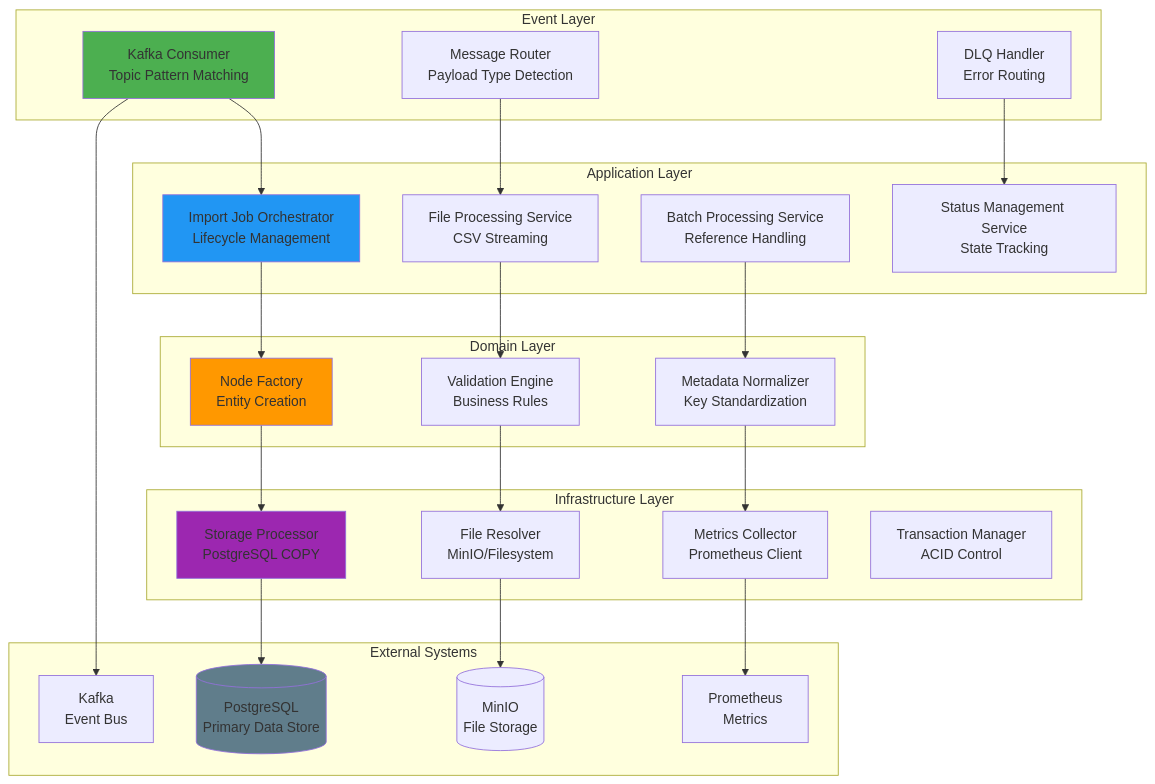
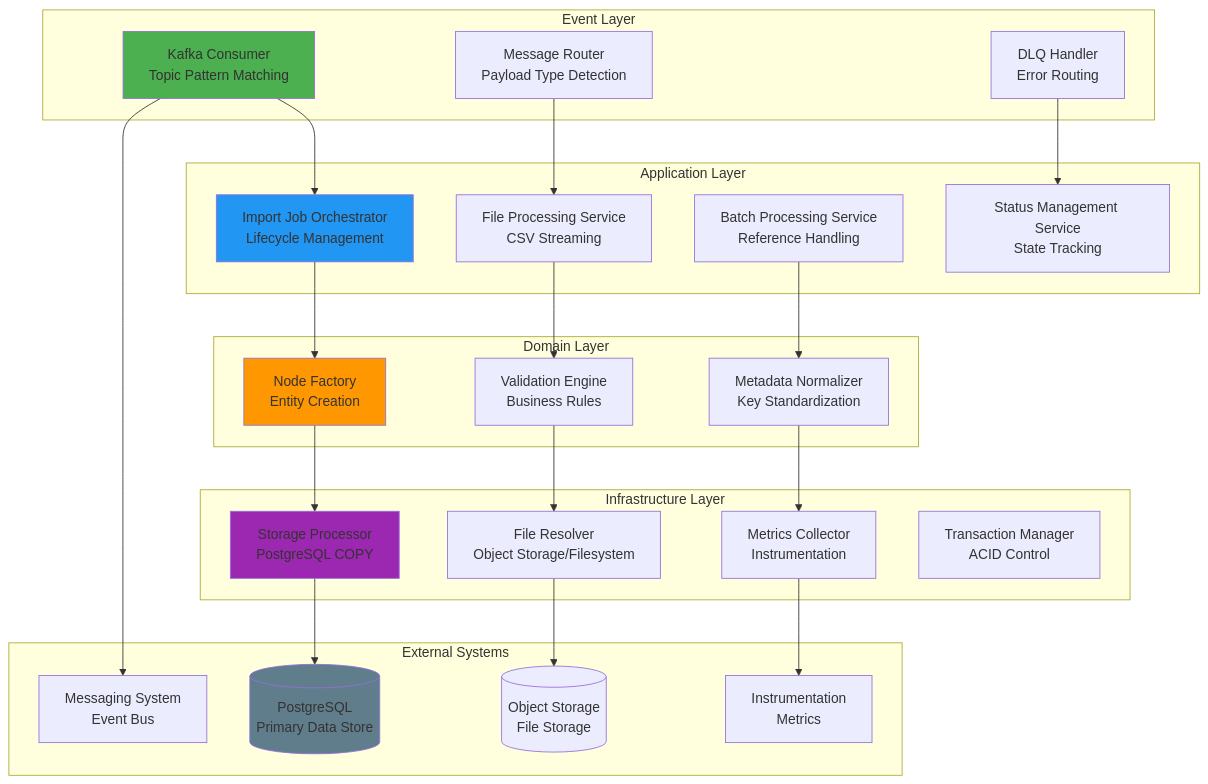
The first of 7 diagrams in docs/High Level Designs/NodesImport.md (kagit00/schedule_x), drawn with Mermaid before and after one commit. The commit also changed other lines of this file and 7 other files, not shown here.

````diff
--- a/docs/High Level Designs/NodesImport.md
+++ b/docs/High Level Designs/NodesImport.md
@@ -28,58 +30,58 @@
 ```mermaid
 graph TB
     subgraph "Event Layer"
         A1[Kafka Consumer<br/>Topic Pattern Matching]
         A2[Message Router<br/>Payload Type Detection]
         A3[DLQ Handler<br/>Error Routing]
     end
     
     subgraph "Application Layer"
         B1[Import Job Orchestrator<br/>Lifecycle Management]
         B2[File Processing Service<br/>CSV Streaming]
         B3[Batch Processing Service<br/>Reference Handling]
         B4[Status Management Service<br/>State Tracking]
     end
     
     subgraph "Domain Layer"
         C1[Node Factory<br/>Entity Creation]
         C2[Validation Engine<br/>Business Rules]
         C3[Metadata Normalizer<br/>Key Standardization]
     end
     
     subgraph "Infrastructure Layer"
         D1[Storage Processor<br/>PostgreSQL COPY]
-        D2[File Resolver<br/>MinIO/Filesystem]
-        D3[Metrics Collector<br/>Prometheus Client]
+        D2[File Resolver<br/>Object Storage/Filesystem]
+        D3[Metrics Collector<br/>Instrumentation]
         D4[Transaction Manager<br/>ACID Control]
     end
     
     subgraph "External Systems"
         E1[(PostgreSQL<br/>Primary Data Store)]
-        E2[(MinIO<br/>File Storage)]
-        E3[Kafka<br/>Event Bus]
-        E4[Prometheus<br/>Metrics]
+        E2[(Object Storage<br/>File Storage)]
+        E3[Messaging System<br/>Event Bus]
+        E4[Instrumentation<br/>Metrics]
     end
     
     A1 --> B1
     A2 --> B2
     A3 --> B4
     
     B1 --> C1
     B2 --> C2
     B3 --> C3
     
     C1 --> D1
     C2 --> D2
     C3 --> D3
     
     D1 --> E1
     D2 --> E2
     A1 --> E3
     D3 --> E4
     
     style A1 fill:#4CAF50
     style B1 fill:#2196F3
     style C1 fill:#FF9800
     style D1 fill:#9C27B0
     style E1 fill:#607D8B
 ```
````
